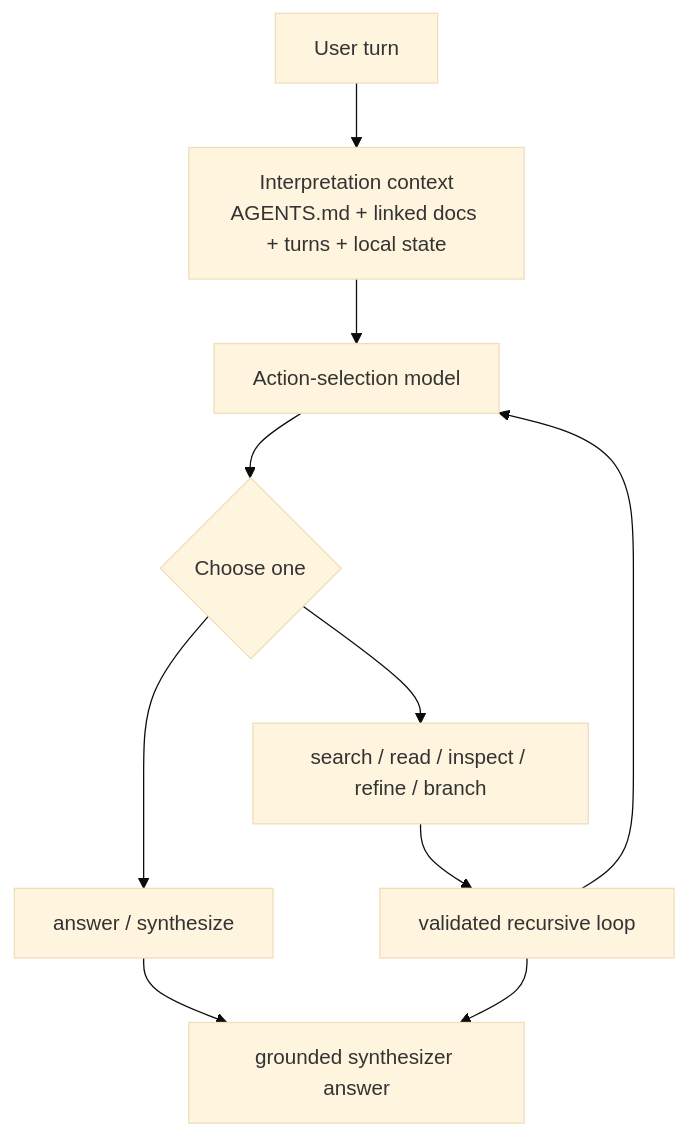
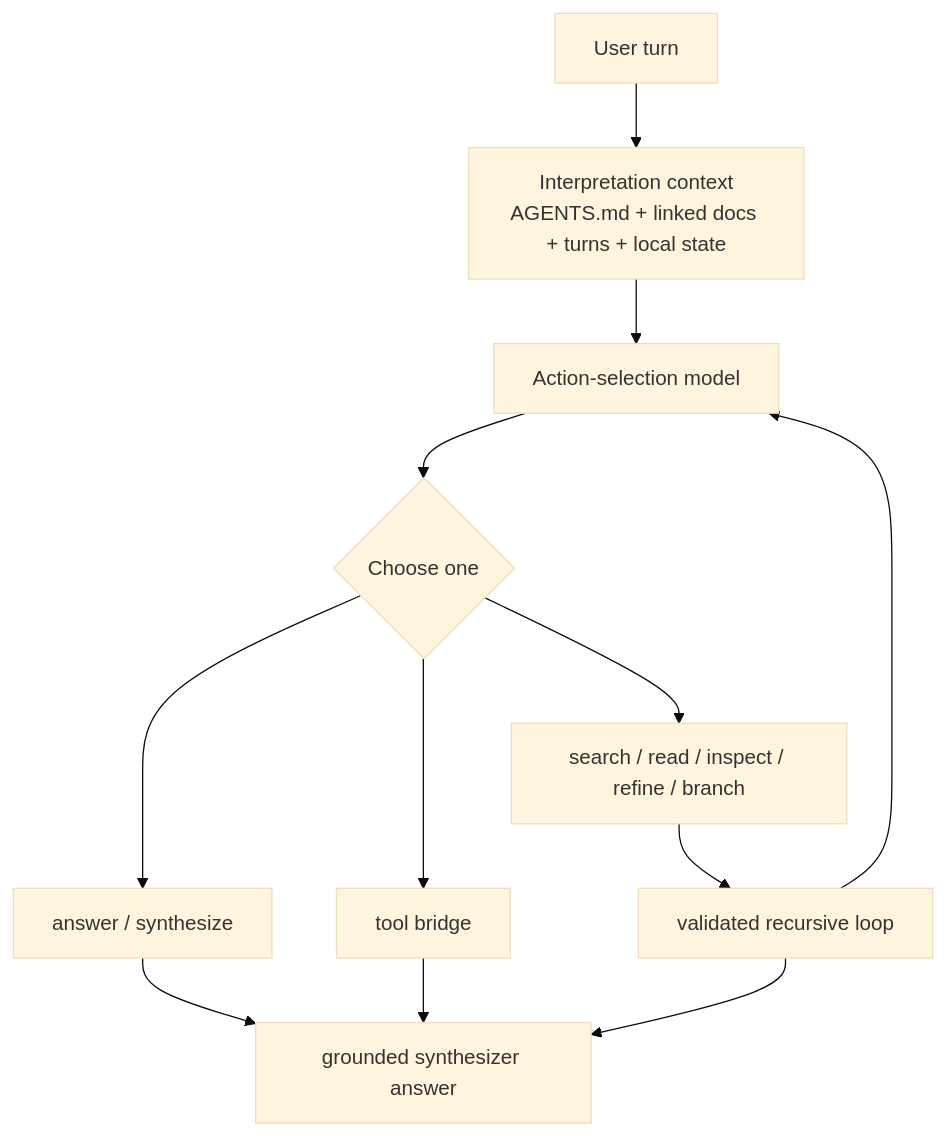
One commit to spoke-sh/paddles changed the third of 3 diagrams in README.md. Above: the diagram before and after it, drawn with Mermaid (base theme). The commit also changed other lines of this file and 41 other files, not shown here.

````diff
--- a/README.md
+++ b/README.md
@@ -73,16 +79,18 @@
 ```mermaid
 flowchart TD
     U["User turn"]
     I["Interpretation context<br/>AGENTS.md + linked docs + turns + local state"]
     M["Action-selection model"]
     C{"Choose one"}
     A["answer / synthesize"]
+    T["tool bridge"]
     R["search / read / inspect / refine / branch"]
     L["validated recursive loop"]
     S["grounded synthesizer answer"]
 
     U --> I --> M --> C
     C --> A --> S
+    C --> T --> S
     C --> R --> L --> M
     L --> S
 ```
````
